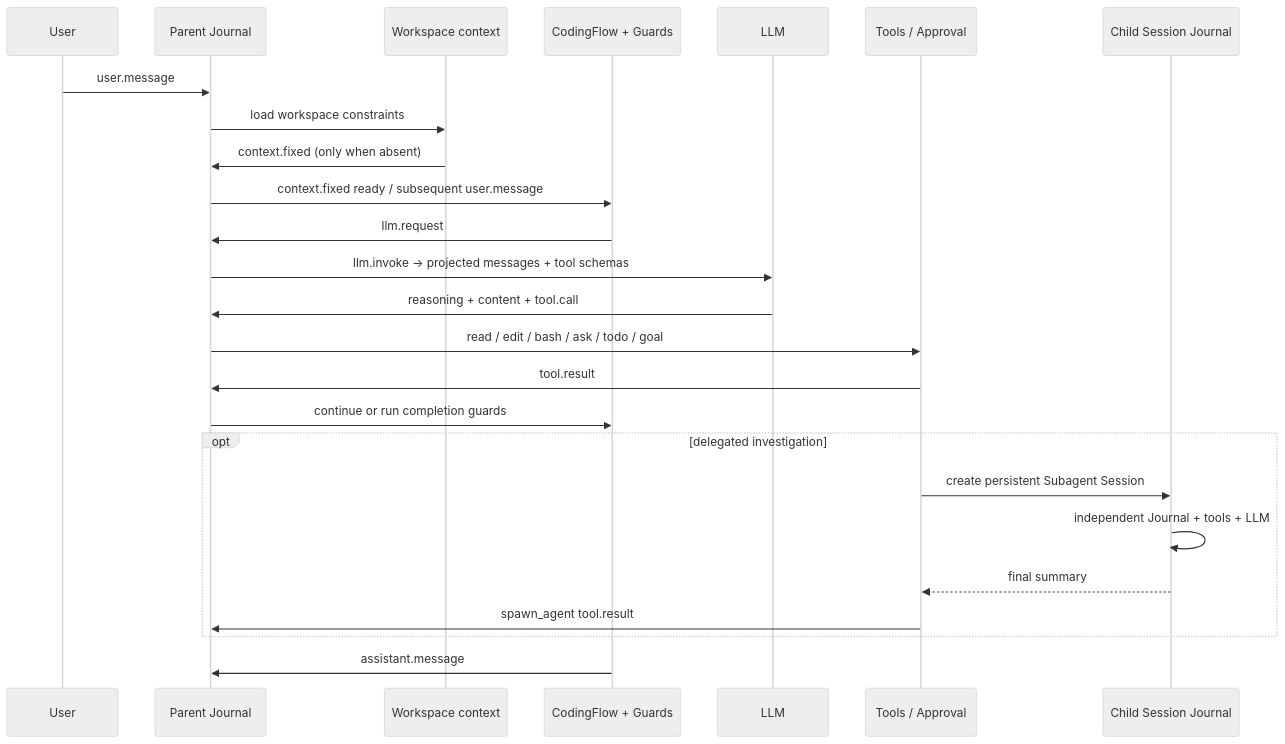
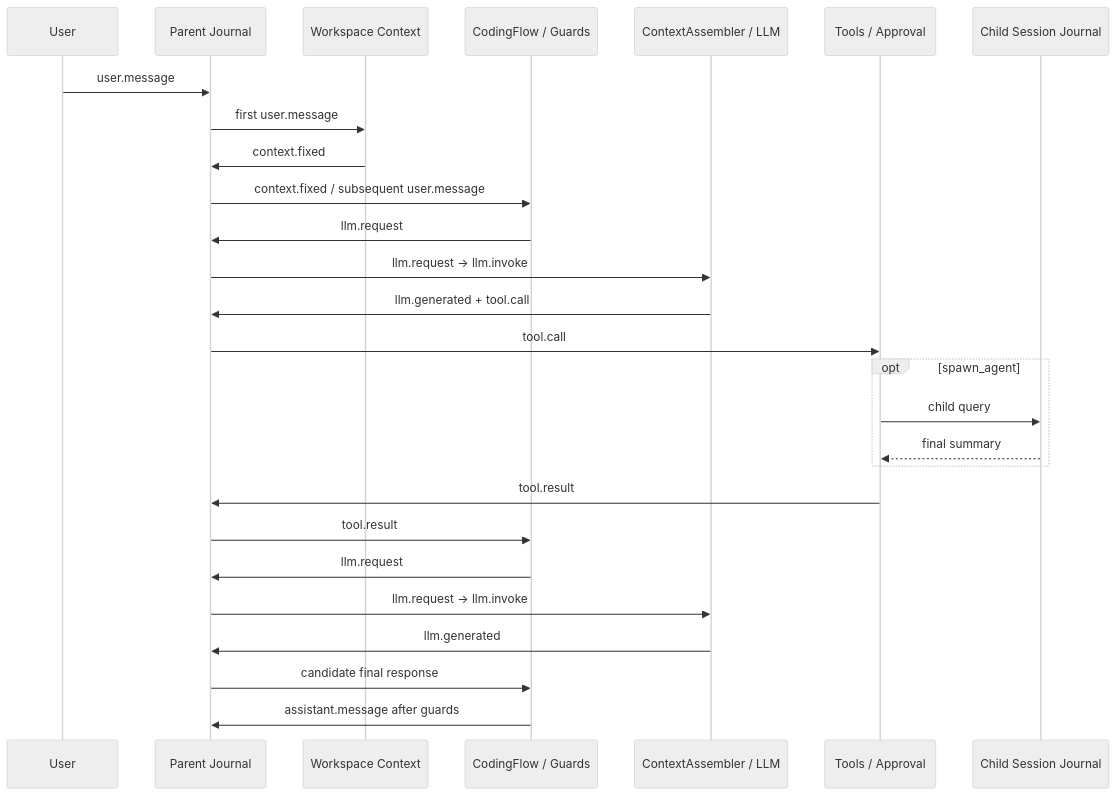
One commit to liz-public/knot-agent changed the fourth of 4 diagrams in README.en.md. Above: the diagram before and after it, drawn with Mermaid (neutral theme). The commit also changed other lines of this file and 7 other files, not shown here.

First line of the commit message:
docs: refresh Journal-first narrative and neutralize public examples

````diff
--- a/README.en.md
+++ b/README.en.md
@@ -238,28 +202,29 @@
 ```mermaid
 sequenceDiagram
   participant U as User
   participant J as Parent Journal
-  participant W as Workspace context
-  participant F as CodingFlow + Guards
-  participant L as LLM
+  participant W as Workspace Context
+  participant F as CodingFlow / Guards
+  participant L as ContextAssembler / LLM
   participant T as Tools / Approval
   participant S as Child Session Journal
-
   U->>J: user.message
-  J->>W: load workspace constraints
-  W->>J: context.fixed (only when absent)
-  J->>F: context.fixed ready / subsequent user.message
+  J->>W: first user.message
+  W->>J: context.fixed
+  J->>F: context.fixed / subsequent user.message
   F->>J: llm.request
-  J->>L: llm.invoke → projected messages + tool schemas
-  L->>J: reasoning + content + tool.call
-  J->>T: read / edit / bash / ask / todo / goal
+  J->>L: llm.request → llm.invoke
+  L->>J: llm.generated + tool.call
+  J->>T: tool.call
+  opt spawn_agent
+    T->>S: child query
+    S-->>T: final summary
+  end
   T->>J: tool.result
-  J->>F: continue or run completion guards
-  opt delegated investigation
-    T->>S: create persistent Subagent Session
-    S->>S: independent Journal + tools + LLM
-    S-->>T: final summary
-    T->>J: spawn_agent tool.result
-  end
-  F->>J: assistant.message
+  J->>F: tool.result
+  F->>J: llm.request
+  J->>L: llm.request → llm.invoke
+  L->>J: llm.generated
+  J->>F: candidate final response
+  F->>J: assistant.message after guards
 ```
````
